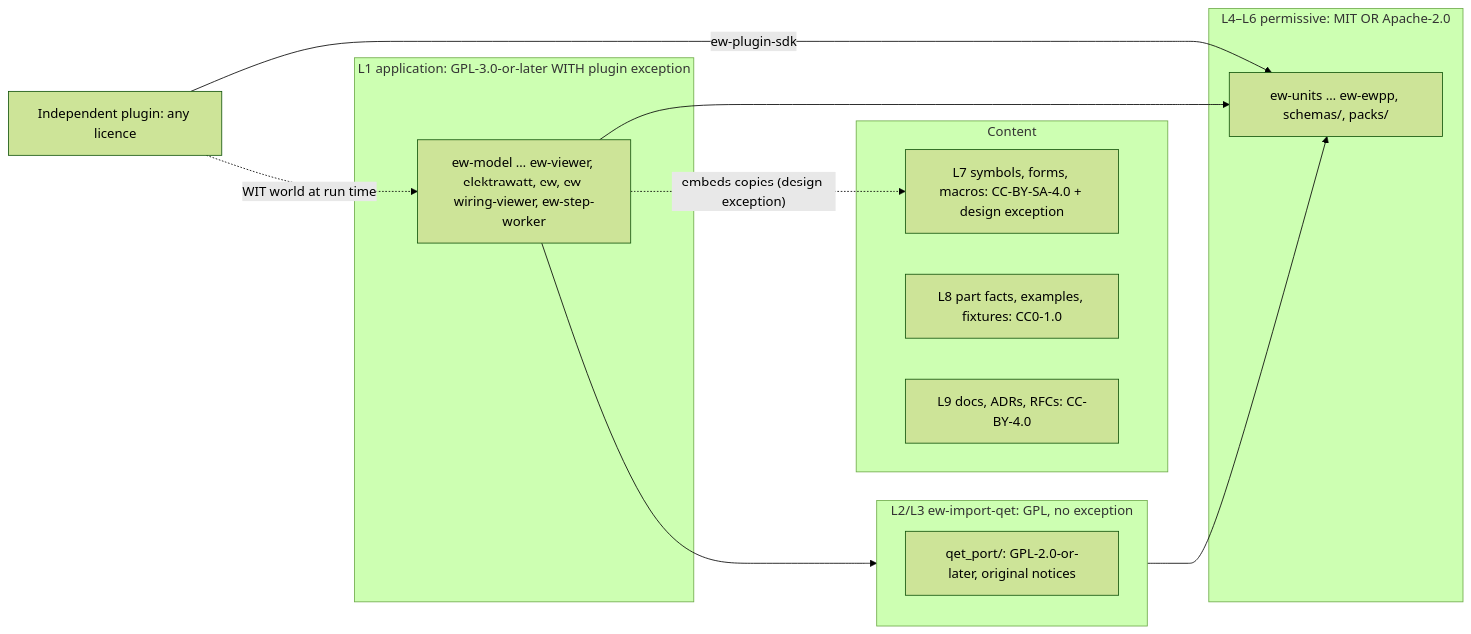
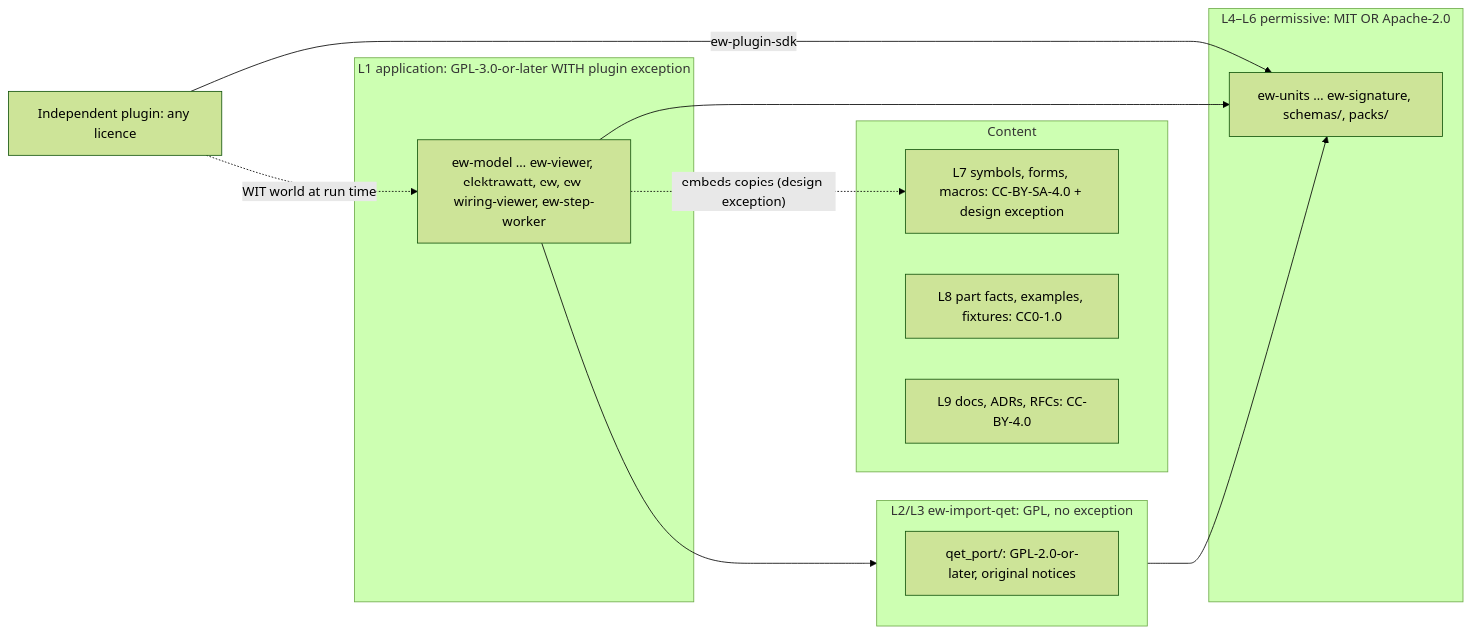
The first of 3 diagrams in docs/design/19-open-source-governance.md (Ironkode787/ElektraWatt), drawn with Mermaid (forest theme) before and after one commit. The commit also changed other lines of this file and 25 other files, not shown here.

````diff
--- a/docs/design/19-open-source-governance.md
+++ b/docs/design/19-open-source-governance.md
@@ -100,24 +100,24 @@
 ```mermaid
 graph LR
   subgraph APP["L1 application: GPL-3.0-or-later WITH plugin exception"]
     gpl["ew-model … ew-viewer, elektrawatt, ew, ew-wiring-viewer, ew-step-worker"]
   end
   subgraph QETC["L2/L3 ew-import-qet: GPL, no exception"]
     port["qet_port/: GPL-2.0-or-later, original notices"]
   end
   subgraph PERM["L4–L6 permissive: MIT OR Apache-2.0"]
-    p["ew-units … ew-ewpp, schemas/, packs/"]
+    p["ew-units … ew-signature, schemas/, packs/"]
   end
   subgraph CONT["Content"]
     sym["L7 symbols, forms, macros: CC-BY-SA-4.0 + design exception"]
     cc0["L8 part facts, examples, fixtures: CC0-1.0"]
     doc["L9 docs, ADRs, RFCs: CC-BY-4.0"]
   end
   plug["Independent plugin: any licence"]
   gpl --> p
   gpl --> QETC
   QETC --> p
   plug -- "ew-plugin-sdk" --> p
   plug -. "WIT world at run time" .-> gpl
   gpl -. "embeds copies (design exception)" .-> sym
 ```
````
